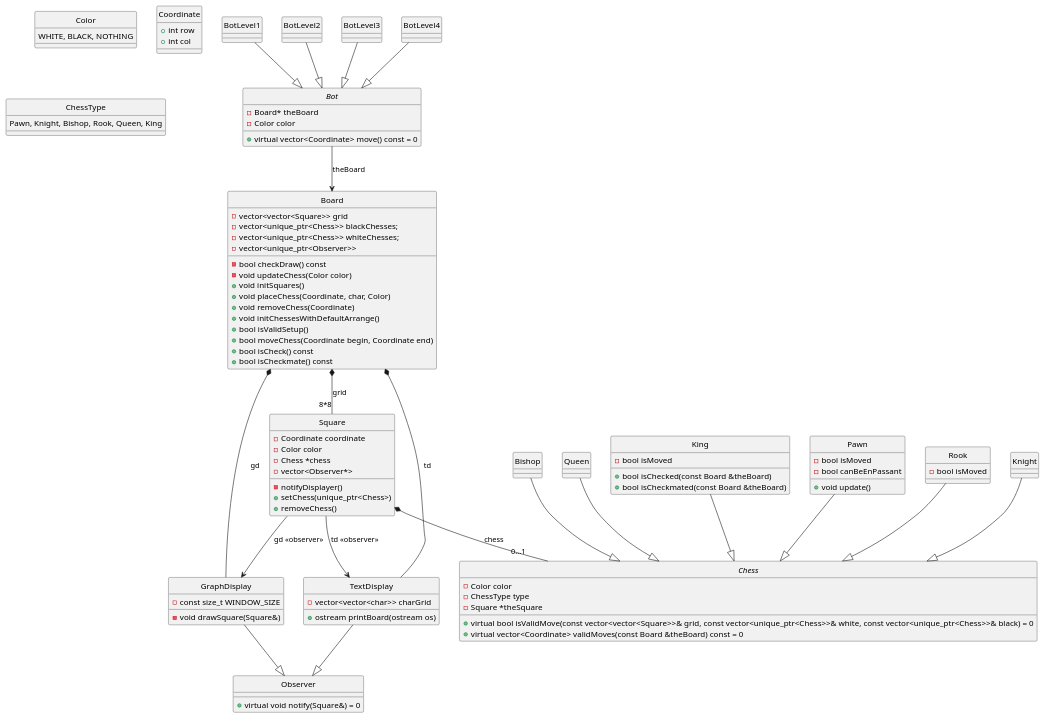
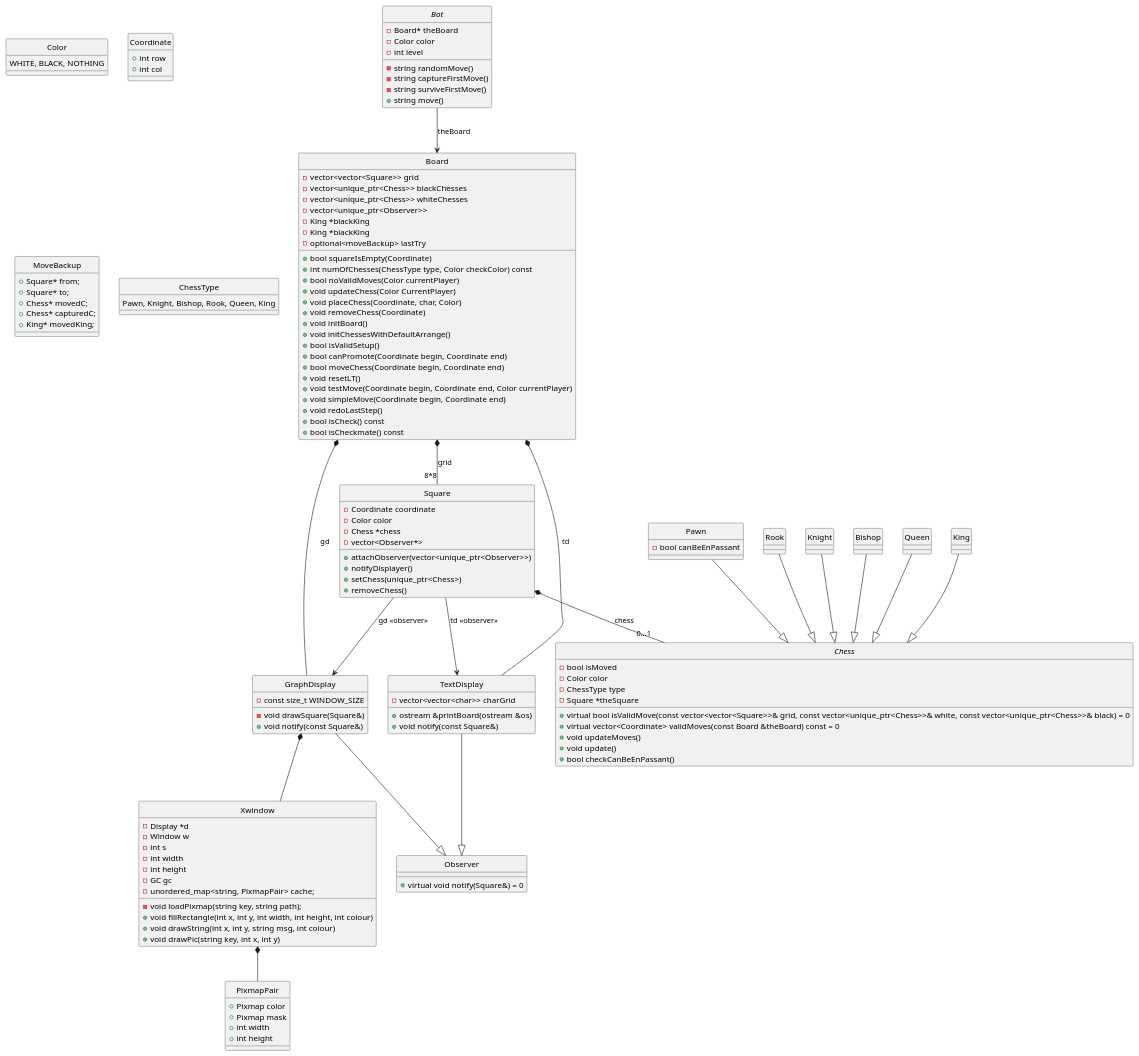
The diagram in doc/UML.puml (TractorBenson/Chess), drawn with PlantUML before and after one commit. The commit also changed 15 other files, not shown here.

```diff
--- a/doc/UML.puml
+++ b/doc/UML.puml
@@ -1,137 +1,163 @@
 @startuml UML
 hide circle
 skinparam groupInheritance 2
 
 
 enum Color { 
     WHITE, BLACK, NOTHING 
 }
 
 struct Coordinate {
     + int row
     + int col
 }
 
+struct MoveBackup {
+    + Square* from;
+    + Square* to;
+    + Chess* movedC;
+    + Chess* capturedC;
+    + King* movedKing;
+}
+
 enum ChessType {
     Pawn, Knight, Bishop, Rook, Queen, King
 }
 
 class Square {
     - Coordinate coordinate
     - Color color
     - Chess *chess
     - vector<Observer*>
-    - notifyDisplayer() 
+    + attachObserver(vector<unique_ptr<Observer>>)
+    + notifyDisplayer() 
     + setChess(unique_ptr<Chess>)
     + removeChess()
 }
 Square --> TextDisplay : td <<observer>>
 Square --> GraphDisplay : gd <<observer>>
 Square *-- "0...1" Chess : chess
 
 
 abstract class Chess {
+    - bool isMoved
     - Color color
     - ChessType type
     - Square *theSquare
     + virtual bool isValidMove(const vector<vector<Square>>& grid, const vector<unique_ptr<Chess>>& white, const vector<unique_ptr<Chess>>& black) = 0
     + virtual vector<Coordinate> validMoves(const Board &theBoard) const = 0
+    + void updateMoves()
+    + void update()
+    + bool checkCanBeEnPassant()
 }
 
 class Pawn {
-    - bool isMoved
     - bool canBeEnPassant
-    + void update()
 }
 Pawn --|> Chess
 
 class Rook {
-    - bool isMoved
 }
 Rook --|> Chess
 
 class Knight {
 }
 Knight --|> Chess
 
 class Bishop {
 }
 Bishop --|> Chess
 
 class Queen {
 }
 Queen --|> Chess
 
 class King {
-    - bool isMoved
-    + bool isChecked(const Board &theBoard)
-    + bool isCheckmated(const Board &theBoard)
 }
 King --|> Chess
 
 
 class Board {
     - vector<vector<Square>> grid
-    - vector<unique_ptr<Chess>> blackChesses;
-    - vector<unique_ptr<Chess>> whiteChesses;
+    - vector<unique_ptr<Chess>> blackChesses
+    - vector<unique_ptr<Chess>> whiteChesses
     - vector<unique_ptr<Observer>>
-    - bool checkDraw() const
-    - void updateChess(Color color)
-    + void initSquares()
+    - King *blackKing
+    - King *blackKing
+    - optional<moveBackup> lastTry
+
+    + bool squareIsEmpty(Coordinate)
+    + int numOfChesses(ChessType type, Color checkColor) const
+    + bool noValidMoves(Color currentPlayer)
+    + void updateChess(Color CurrentPlayer)
     + void placeChess(Coordinate, char, Color)
     + void removeChess(Coordinate)
+    + void initBoard()
     + void initChessesWithDefaultArrange()
     + bool isValidSetup()
+    + bool canPromote(Coordinate begin, Coordinate end)
     + bool moveChess(Coordinate begin, Coordinate end)
+    + void resetLT()
+    + void testMove(Coordinate begin, Coordinate end, Color currentPlayer)
+    + void simpleMove(Coordinate begin, Coordinate end)
+    + void redoLastStep()
     + bool isCheck() const
     + bool isCheckmate() const
 }
 Board *-- "8*8" Square : grid
 Board *-- TextDisplay : td
 Board *-- GraphDisplay : gd
 
+class Xwindow {
+    - Display *d
+    - Window w 
+    - int s
+    - int width
+    - int height
+    - GC gc 
+    - unordered_map<string, PixmapPair> cache;
+    - void loadPixmap(string key, string path);
+    + void fillRectangle(int x, int y, int width, int height, int colour)
+    + void drawString(int x, int y, string msg, int colour)
+    + void drawPic(string key, int x, int y)
+}
+GraphDisplay *-- Xwindow 
+
+struct PixmapPair {
+    + Pixmap color
+    + Pixmap mask 
+    + int width
+    + int height 
+}
+Xwindow *-- PixmapPair
 
 class Observer {
     + virtual void notify(Square&) = 0
 }
 
 class TextDisplay {
     - vector<vector<char>> charGrid
-    + ostream printBoard(ostream os)
+    + ostream &printBoard(ostream &os)
+    + void notify(const Square&)
 }
 TextDisplay --|> Observer
 
 class GraphDisplay {
     - const size_t WINDOW_SIZE
     - void drawSquare(Square&)
+    + void notify(const Square&)
 }
 GraphDisplay --|> Observer
 
 abstract class Bot {
     - Board* theBoard
     - Color color
-    + virtual vector<Coordinate> move() const = 0
+    - int level
+    - string randomMove()
+    - string captureFirstMove()
+    - string surviveFirstMove()
+    + string move()
 }
 Bot --> Board : theBoard
 
-class BotLevel1 {
-
-}
-BotLevel1 --|> Bot
-
-class BotLevel2 {
-
-}
-BotLevel2 --|> Bot
-
-class BotLevel3 {
-
-}
-BotLevel3 --|> Bot
-
-class BotLevel4 {
-
-}
-BotLevel4 --|> Bot
-
 @enduml
```
